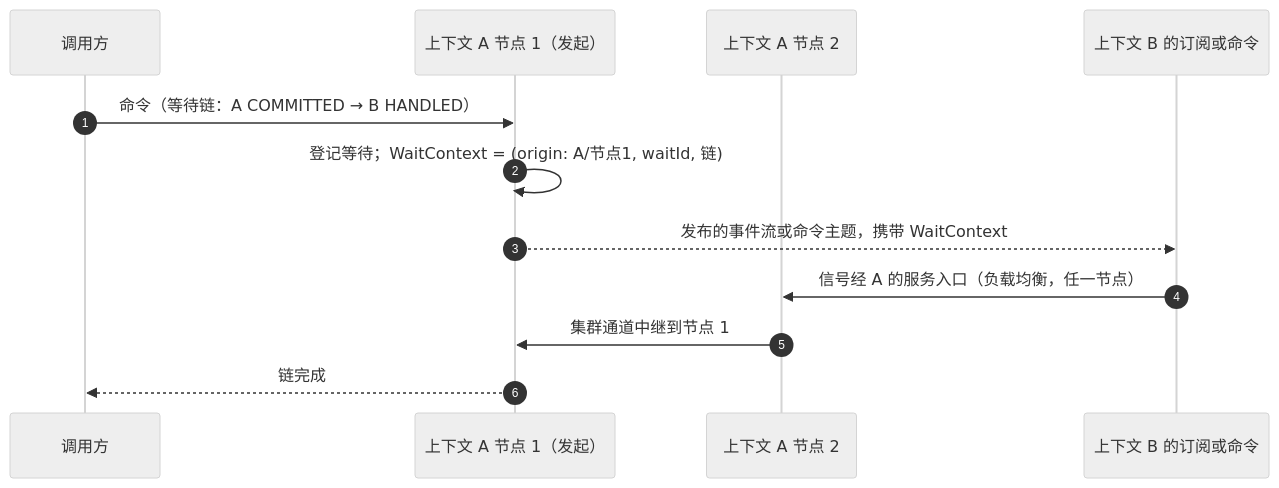
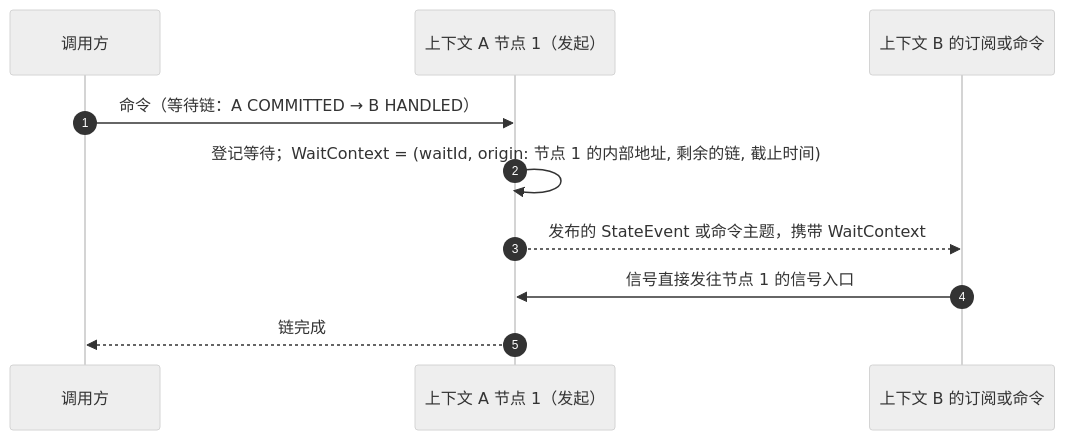
One commit to Ahoo-Wang/Wow changed the diagram in documentation/designs/v10/04-subscriptions.md. Above: the diagram before and after it, drawn with Mermaid (neutral theme). The commit also changed other lines of this file and 6 other files, not shown here.

````diff
--- a/documentation/designs/v10/04-subscriptions.md
+++ b/documentation/designs/v10/04-subscriptions.md
@@ -70,14 +90,12 @@
 ```mermaid
 sequenceDiagram
     autonumber
     participant C as 调用方
     participant A1 as 上下文 A 节点 1（发起）
-    participant A2 as 上下文 A 节点 2
     participant B as 上下文 B 的订阅或命令
     C->>A1: 命令（等待链：A COMMITTED → B HANDLED）
-    A1->>A1: 登记等待；WaitContext = (origin: A/节点1, waitId, 链)
-    A1-->>B: 发布的事件流或命令主题，携带 WaitContext
-    B->>A2: 信号经 A 的服务入口（负载均衡，任一节点）
-    A2->>A1: 集群通道中继到节点 1
+    A1->>A1: 登记等待；WaitContext = (waitId, origin: 节点 1 的内部地址, 剩余的链, 截止时间)
+    A1-->>B: 发布的 StateEvent 或命令主题，携带 WaitContext
+    B->>A1: 信号直接发往节点 1 的信号入口
     A1-->>C: 链完成
 ```
````
